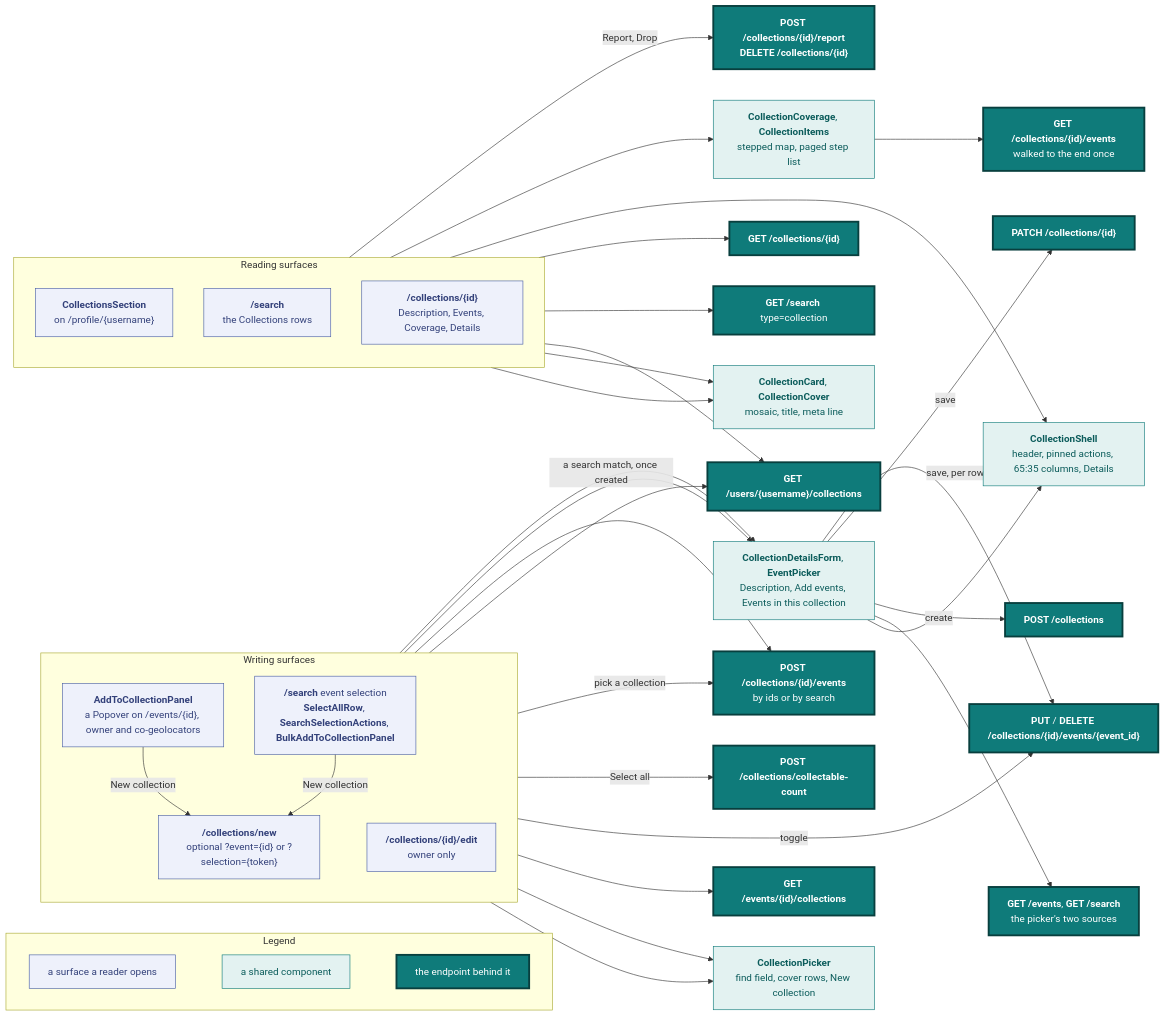
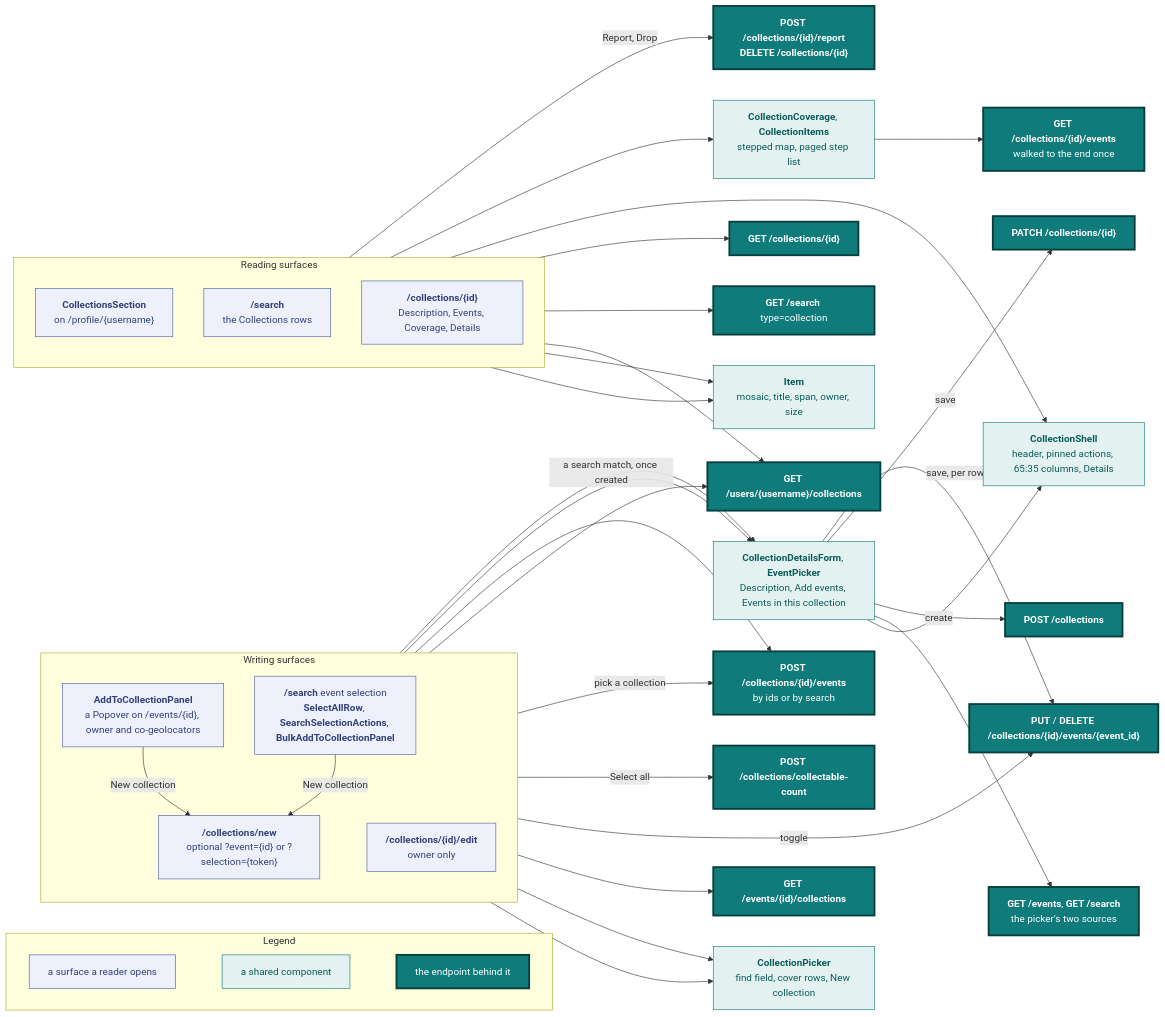
Diagram 18 of 23 in docs/design.md (vidithq/vidit), drawn with Mermaid before and after one commit. The commit also changed other lines of this file and 1 other file, not shown here.

Commit message:
docs(design): one Items section for the item component

```diff
--- a/docs/design.md
+++ b/docs/design.md
@@ -1588,8 +1643,8 @@
     owner only`"]:::spec
   end
 
-  card["`**CollectionCard**, **CollectionCover**
-  mosaic, title, meta line`"]:::shared
+  card["`**Item**
+  mosaic, title, span, owner, size`"]:::shared
   shell["`**CollectionShell**
   header, pinned actions, 65:35 columns, Details`"]:::shared
   reader["`**CollectionCoverage**, **CollectionItems**
```
